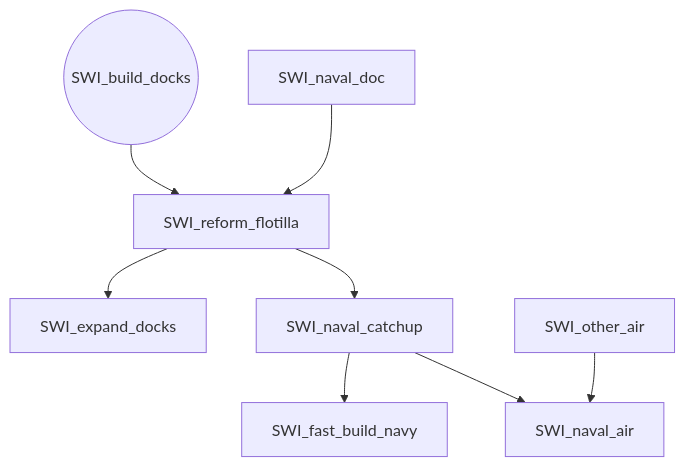
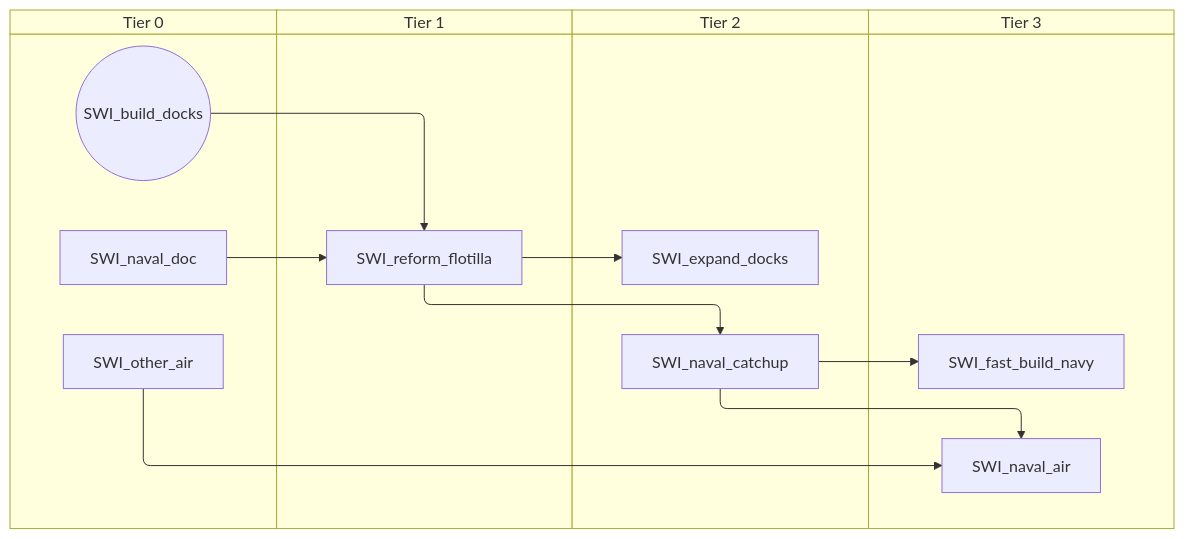
One commit to evgeny-sobol/hoi4-sandbox-mode-r56 changed the second of 8 diagrams in docs/gdd/National Focuses/r56_switzerland.md. Above: the diagram before and after it, drawn with Mermaid. The commit also changed other lines of this file and 423 other files, not shown here.

First line of the commit message:
Re-export Rt56 focus trees as swimlane diagrams

````diff
--- a/docs/gdd/National Focuses/r56_switzerland.md
+++ b/docs/gdd/National Focuses/r56_switzerland.md
@@ -40,18 +50,26 @@
 ```mermaid
-flowchart TD
-    n14(("SWI_build_docks"))
-    n15["SWI_expand_docks"]
-    n16["SWI_fast_build_navy"]
-    n17["SWI_naval_air"]
-    n18["SWI_naval_catchup"]
-    n19["SWI_naval_doc"]
-    n20["SWI_other_air"]
-    n21["SWI_reform_flotilla"]
-    n21 --> n15
-    n18 --> n16
-    n18 --> n17
-    n20 --> n17
-    n21 --> n18
-    n14 --> n21
+swimlane-beta TD
+    subgraph tier_0["Tier 0"]
+        n14(("SWI_build_docks"))
+        n15["SWI_naval_doc"]
+        n16["SWI_other_air"]
+    end
+    subgraph tier_1["Tier 1"]
+        n17["SWI_reform_flotilla"]
+    end
+    subgraph tier_2["Tier 2"]
+        n18["SWI_expand_docks"]
+        n19["SWI_naval_catchup"]
+    end
+    subgraph tier_3["Tier 3"]
+        n20["SWI_fast_build_navy"]
+        n21["SWI_naval_air"]
+    end
+    n17 --> n18
+    n19 --> n20
     n19 --> n21
+    n16 --> n21
+    n17 --> n19
+    n14 --> n17
+    n15 --> n17
 ```
````
